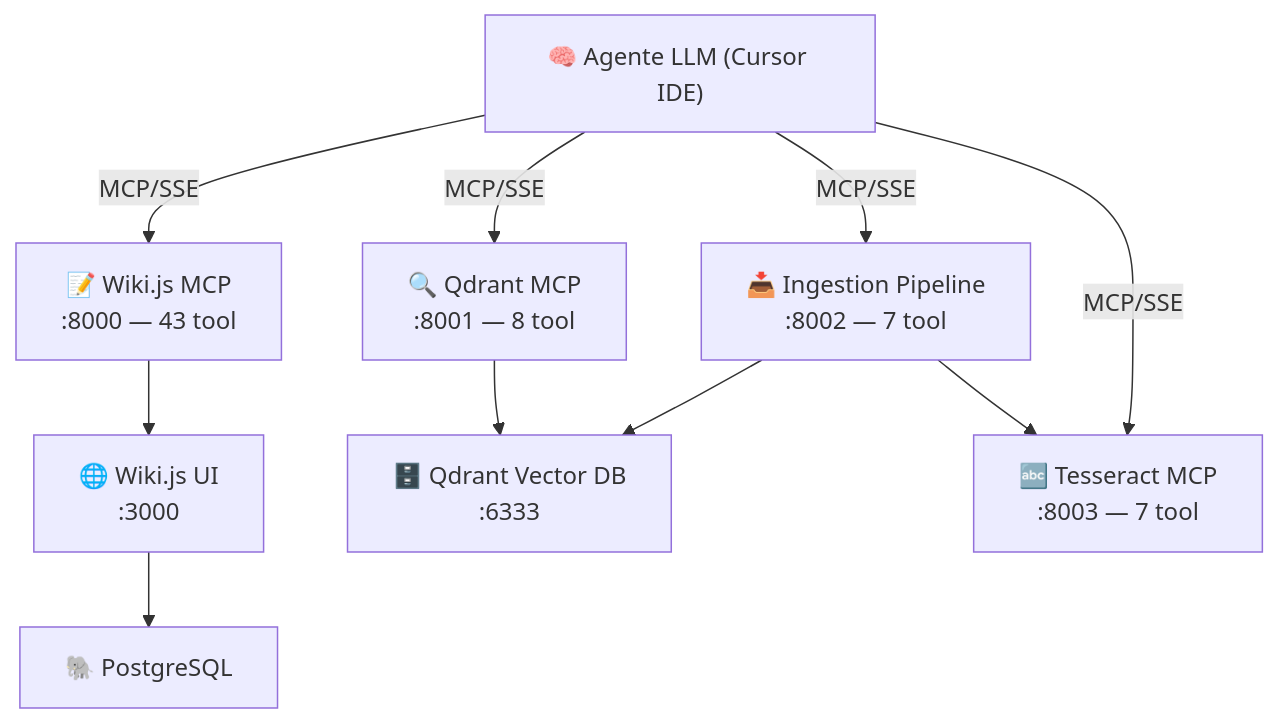
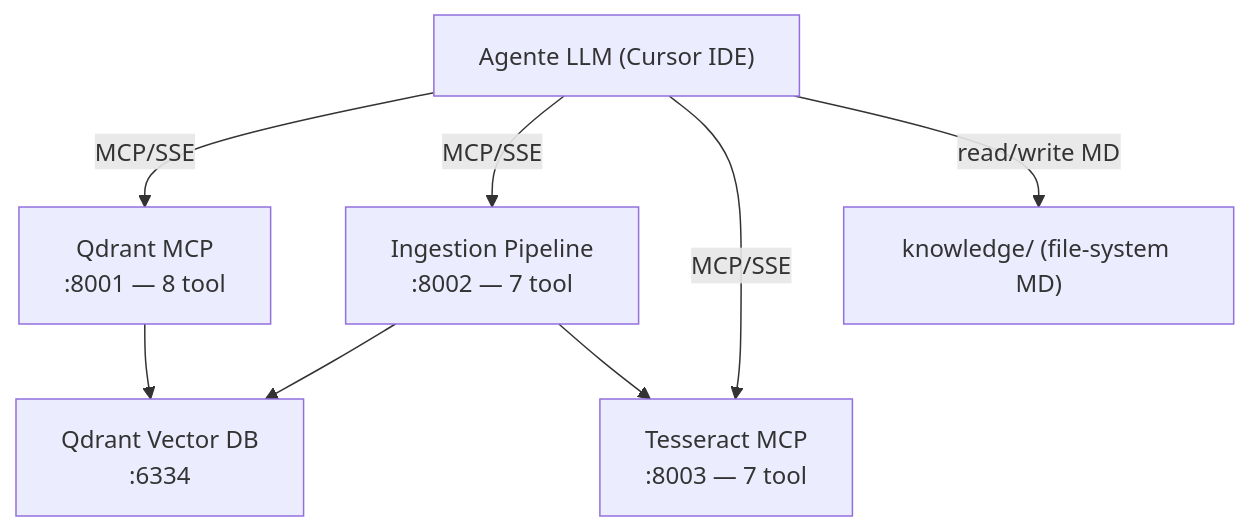
Before and after one commit to Michelangelo-Pinto/pinto-llm-wiki: the diagram in userguide/02-architettura.md, drawn with Mermaid. The commit also changed other lines of this file and 34 other files, not shown here.

````diff
--- a/userguide/02-architettura.md
+++ b/userguide/02-architettura.md
@@ -9,21 +11,17 @@
 ```mermaid
 flowchart TD
-    Agent["🧠 Agente LLM (Cursor IDE)"]
-    WMCP["📝 Wiki.js MCP<br/>:8000 — 43 tool"]
-    QMCP["🔍 Qdrant MCP<br/>:8001 — 8 tool"]
-    IMCP["📥 Ingestion Pipeline<br/>:8002 — 7 tool"]
-    TMCP["🔤 Tesseract MCP<br/>:8003 — 7 tool"]
-    Wiki["🌐 Wiki.js UI<br/>:3000"]
-    Qdrant["🗄️ Qdrant Vector DB<br/>:6333"]
-    PG["🐘 PostgreSQL"]
+    Agent["Agente LLM (Cursor IDE)"]
+    QMCP["Qdrant MCP<br/>:8001 — 8 tool"]
+    IMCP["Ingestion Pipeline<br/>:8002 — 7 tool"]
+    TMCP["Tesseract MCP<br/>:8003 — 7 tool"]
+    Qdrant["Qdrant Vector DB<br/>:6334"]
+    KB["knowledge/ (file-system MD)"]
 
-    Agent -->|MCP/SSE| WMCP
-    Agent -->|MCP/SSE| QMCP
-    Agent -->|MCP/SSE| IMCP
-    Agent -->|MCP/SSE| TMCP
-    WMCP --> Wiki
-    Wiki --> PG
+    Agent -->|"MCP/SSE"| QMCP
+    Agent -->|"MCP/SSE"| IMCP
+    Agent -->|"MCP/SSE"| TMCP
+    Agent -->|"read/write MD"| KB
     QMCP --> Qdrant
     IMCP --> Qdrant
     IMCP --> TMCP
 ```
````
